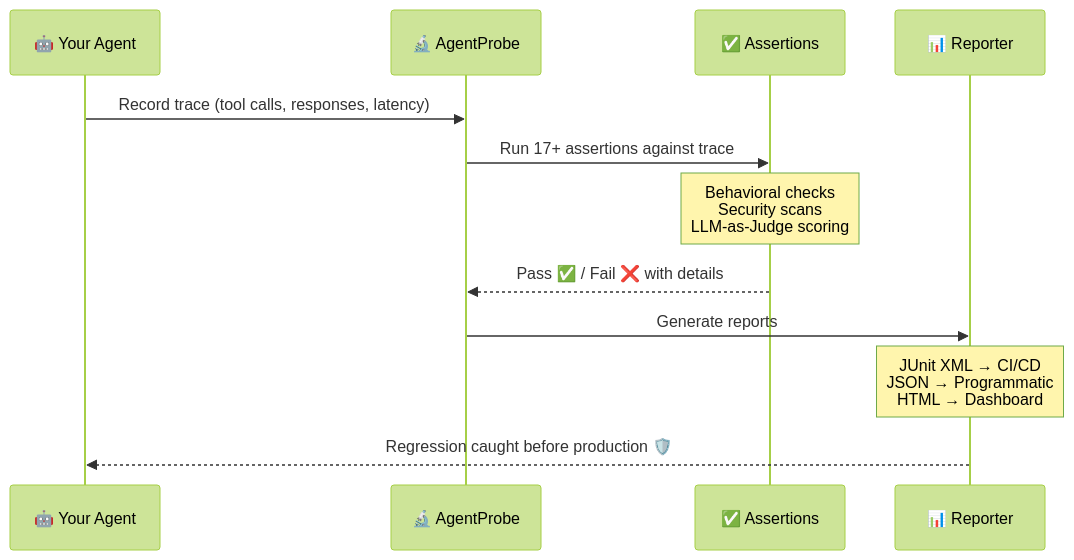
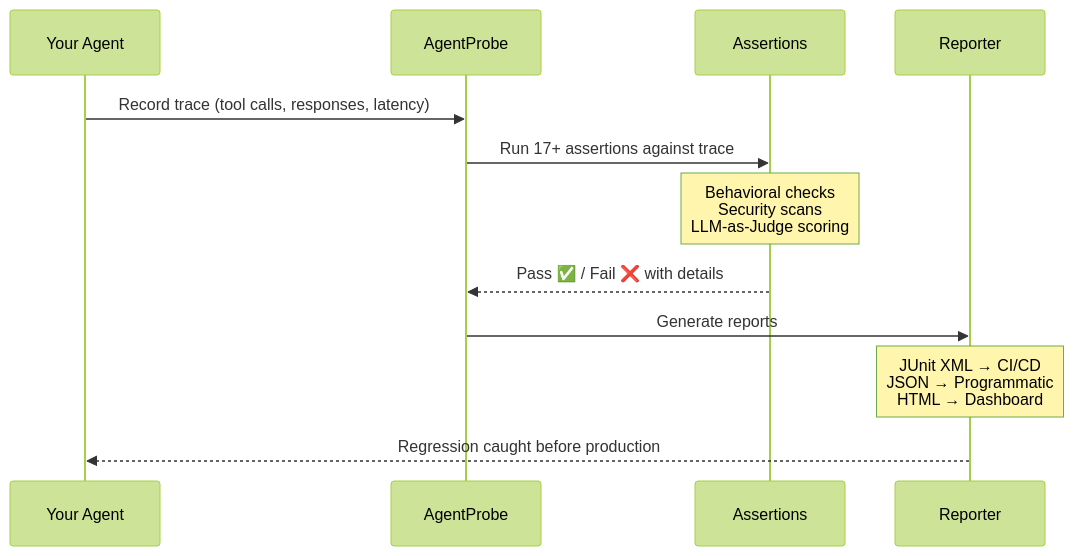
The second of 2 diagrams in README.md (NeuZhou/agentprobe), drawn with Mermaid (forest theme) before and after one commit. The commit also changed other lines of this file, not shown here.

````diff
--- a/README.md
+++ b/README.md
@@ -404,19 +404,19 @@
 ```mermaid
 sequenceDiagram
-    participant Agent as 🤖 Your Agent
-    participant AP as 🔬 AgentProbe
-    participant Assert as ✅ Assertions
-    participant Report as 📊 Reporter
+    participant Agent as Your Agent
+    participant AP as AgentProbe
+    participant Assert as Assertions
+    participant Report as Reporter
 
     Agent->>AP: Record trace (tool calls, responses, latency)
     AP->>Assert: Run 17+ assertions against trace
     
     Note over Assert: Behavioral checks<br/>Security scans<br/>LLM-as-Judge scoring
     
     Assert-->>AP: Pass ✅ / Fail ❌ with details
     AP->>Report: Generate reports
     
     Note over Report: JUnit XML → CI/CD<br/>JSON → Programmatic<br/>HTML → Dashboard
     
-    Report-->>Agent: Regression caught before production 🛡️
+    Report-->>Agent: Regression caught before production
 ```
````
